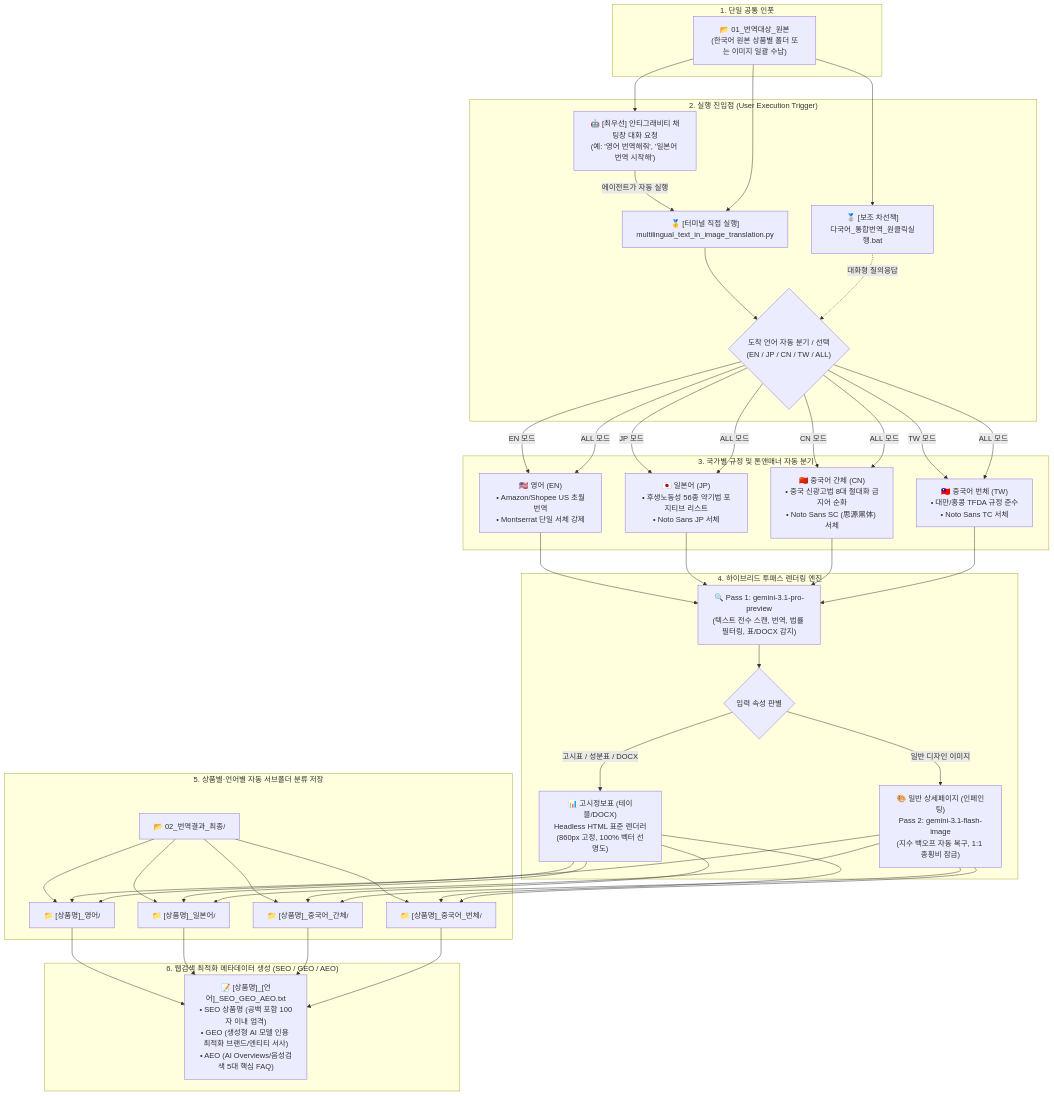
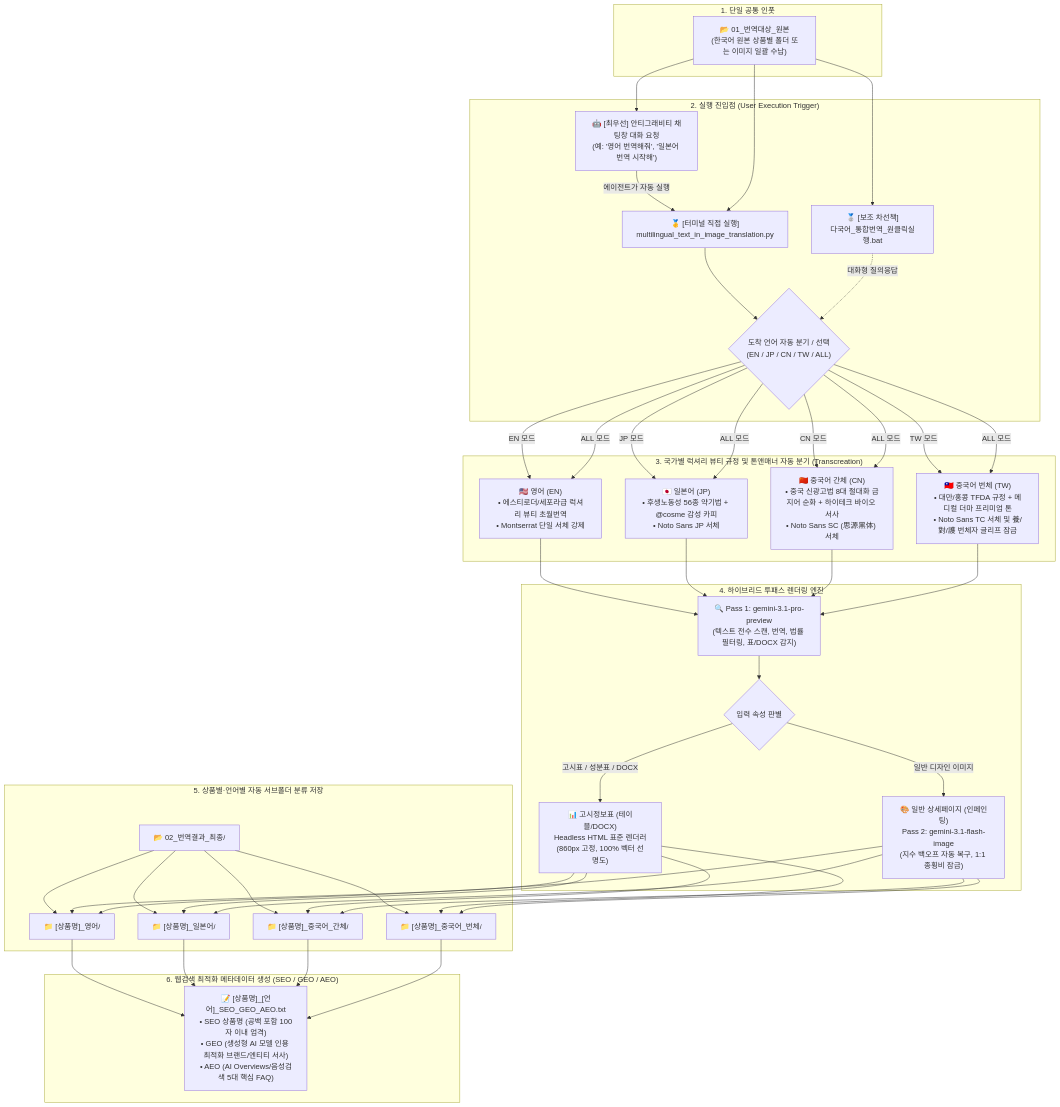
Before and after one commit to euntaewoo/PANDORA: the diagram in README.md, drawn with Mermaid. The commit also changed 1 other file, not shown here.

Commit message:
feat(subfolders): synchronize Luxury Beauty Transcreation standard across JP, PROTO, and root README

````diff
--- a/README.md
+++ b/README.md
@@ -17,60 +17,60 @@
 ```mermaid
 flowchart TD
     subgraph S1["1. 단일 공통 인풋"]
         IN["📂 01_번역대상_원본<br/>(한국어 원본 상품별 폴더 또는 이미지 일괄 수납)"]
     end
 
     subgraph S2["2. 실행 진입점 (User Execution Trigger)"]
         AGENT["🤖 [최우선] 안티그래비티 채팅창 대화 요청<br/>(예: '영어 번역해줘', '일본어 번역 시작해')"]
         P_MAIN["🥇 [터미널 직접 실행]<br/>multilingual_text_in_image_translation.py"]
         BAT_SUB["🥈 [보조 차선책]<br/>다국어_통합번역_원클릭실행.bat"]
         
         AGENT -->|에이전트가 자동 실행| P_MAIN
         P_MAIN --> PROMPT{"도착 언어 자동 분기 / 선택<br/>(EN / JP / CN / TW / ALL)"}
         BAT_SUB -.->|대화형 질의응답| PROMPT
     end
 
-    subgraph S3["3. 국가별 규정 및 톤앤매너 자동 분기"]
-        EN["🇺🇸 영어 (EN)<br/>• Amazon/Shopee US 초월번역<br/>• Montserrat 단일 서체 강제"]
-        JP["🇯🇵 일본어 (JP)<br/>• 후생노동성 56종 약기법 포지티브 리스트<br/>• Noto Sans JP 서체"]
-        CN["🇨🇳 중국어 간체 (CN)<br/>• 중국 신광고법 8대 절대화 금지어 순화<br/>• Noto Sans SC (思源黑体) 서체"]
-        TW["🇹🇼 중국어 번체 (TW)<br/>• 대만/홍콩 TFDA 규정 준수<br/>• Noto Sans TC 서체"]
+    subgraph S3["3. 국가별 럭셔리 뷰티 규정 및 톤앤매너 자동 분기 (Transcreation)"]
+        EN["🇺🇸 영어 (EN)<br/>• 에스티로더/세포라급 럭셔리 뷰티 초월번역<br/>• Montserrat 단일 서체 강제"]
+        JP["🇯🇵 일본어 (JP)<br/>• 후생노동성 56종 약기법 + @cosme 감성 카피<br/>• Noto Sans JP 서체"]
+        CN["🇨🇳 중국어 간체 (CN)<br/>• 중국 신광고법 8대 절대화 금지어 순화 + 하이테크 바이오 서사<br/>• Noto Sans SC (思源黑体) 서체"]
+        TW["🇹🇼 중국어 번체 (TW)<br/>• 대만/홍콩 TFDA 규정 + 메디컬 더마 프리미엄 톤<br/>• Noto Sans TC 서체 및 養/對/護 번체자 글리프 잠금"]
     end
 
     subgraph S4["4. 하이브리드 투패스 렌더링 엔진"]
         P1["🔍 Pass 1: gemini-3.1-pro-preview<br/>(텍스트 전수 스캔, 번역, 법률 필터링, 표/DOCX 감지)"]
         DECIDE{"입력 속성 판별"}
         
         HTML["📊 고시정보표 (테이블/DOCX)<br/>Headless HTML 표준 렌더러<br/>(860px 고정, 100% 벡터 선명도)"]
         P2["🎨 일반 상세페이지 (인페인팅)<br/>Pass 2: gemini-3.1-flash-image<br/>(지수 백오프 자동 복구, 1:1 종횡비 잠금)"]
         
         P1 --> DECIDE
         DECIDE -->|고시표 / 성분표 / DOCX| HTML
         DECIDE -->|일반 디자인 이미지| P2
     end
 
     subgraph S5["5. 상품별·언어별 자동 서브폴더 분류 저장"]
         OUT["📂 02_번역결과_최종/"]
         OUT1["📁 [상품명]_영어/"]
         OUT2["📁 [상품명]_일본어/"]
         OUT3["📁 [상품명]_중국어_간체/"]
         OUT4["📁 [상품명]_중국어_번체/"]
         
         OUT --> OUT1 & OUT2 & OUT3 & OUT4
     end
 
     subgraph S6["6. 웹검색 최적화 메타데이터 생성 (SEO / GEO / AEO)"]
         TXT["📝 [상품명]_[언어]_SEO_GEO_AEO.txt<br/>• SEO 상품명 (공백 포함 100자 이내 엄격)<br/>• GEO (생성형 AI 모델 인용 최적화 브랜드/엔티티 서사)<br/>• AEO (AI Overviews/음성검색 5대 핵심 FAQ)"]
         OUT1 & OUT2 & OUT3 & OUT4 --> TXT
     end
 
     IN --> AGENT & P_MAIN & BAT_SUB
     PROMPT -->|EN 모드| EN
     PROMPT -->|JP 모드| JP
     PROMPT -->|CN 모드| CN
     PROMPT -->|TW 모드| TW
     PROMPT -->|ALL 모드| EN & JP & CN & TW
 
     EN & JP & CN & TW --> P1
     HTML & P2 --> OUT1 & OUT2 & OUT3 & OUT4
 ```
````
